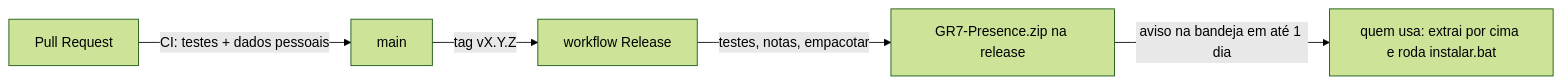
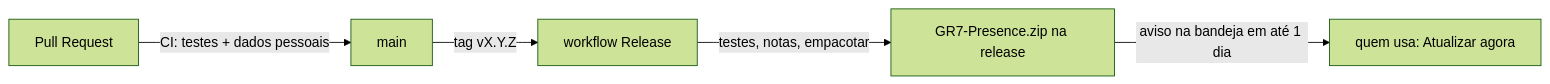
The second of 2 diagrams in docs/arquitetura.md (PedroMiranda243/gr7-presence), drawn with Mermaid (forest theme) before and after one commit. The commit also changed other lines of this file and 14 other files, not shown here.

First line of the commit message:
feat: atualizar o GR7 Presence com um clique na bandeja (#5)

````diff
--- a/docs/arquitetura.md
+++ b/docs/arquitetura.md
@@ -92,7 +110,7 @@
 ```mermaid
 flowchart LR
     PR[Pull Request] -- CI: testes + dados pessoais --> MAIN[main]
     MAIN -- tag vX.Y.Z --> REL[workflow Release]
     REL -- testes, notas, empacotar --> ZIP[GR7-Presence.zip na release]
-    ZIP -- aviso na bandeja em até 1 dia --> USO[quem usa: extrai por cima e roda instalar.bat]
+    ZIP -- aviso na bandeja em até 1 dia --> USO[quem usa: Atualizar agora]
 ```
````
